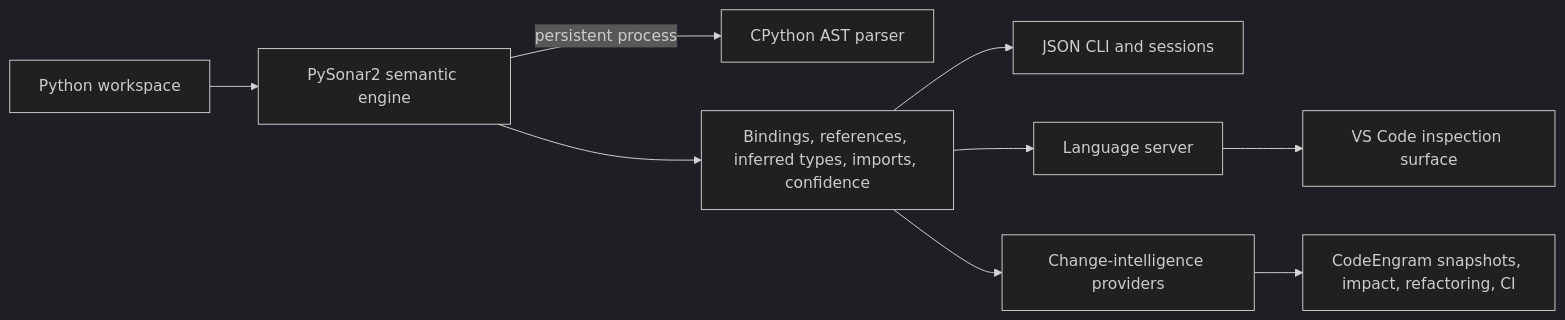
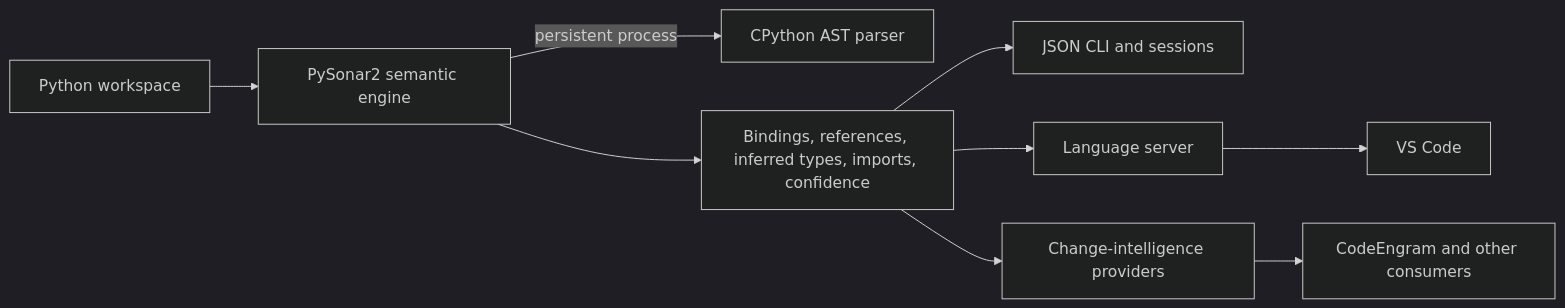
One commit to smallyunet/pysonar2 changed the diagram in README.md. Above: the diagram before and after it, drawn with Mermaid (dark theme). The commit also changed other lines of this file and 3 other files, not shown here.

````diff
--- a/README.md
+++ b/README.md
@@ -272,11 +124,11 @@
 ```mermaid
 flowchart LR
     Repo[Python workspace] --> Analyzer[PySonar2 semantic engine]
     Analyzer -->|persistent process| CPython[CPython AST parser]
     Analyzer --> Facts[Bindings, references, inferred types, imports, confidence]
     Facts --> CLI[JSON CLI and sessions]
     Facts --> Server[Language server]
     Facts --> Integration[Change-intelligence providers]
-    Server --> VSCode[VS Code inspection surface]
-    Integration --> CodeEngram[CodeEngram snapshots, impact, refactoring, CI]
+    Server --> VSCode[VS Code]
+    Integration --> CodeEngram[CodeEngram and other consumers]
 ```
````
